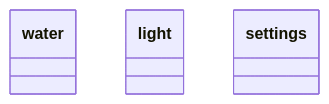
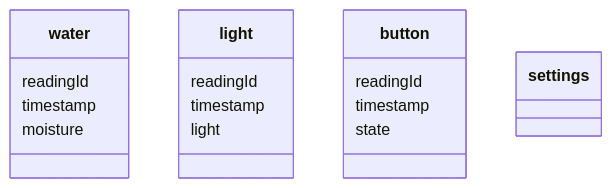
The third of 3 diagrams in README.md (jag3rm3ist3r/GroupAssignment), drawn with Mermaid before and after one commit.

Commit message:
Database diagram changes.

````diff
--- a/README.md
+++ b/README.md
@@ -88,6 +88,19 @@
 ```mermaid
 classDiagram
-class water
-class light
+class water {
+    readingId
+    timestamp
+    moisture
+}
+class light {
+    readingId
+    timestamp
+    light
+}
+class button {
+    readingId
+    timestamp
+    state
+}
 class settings
 ```
````
